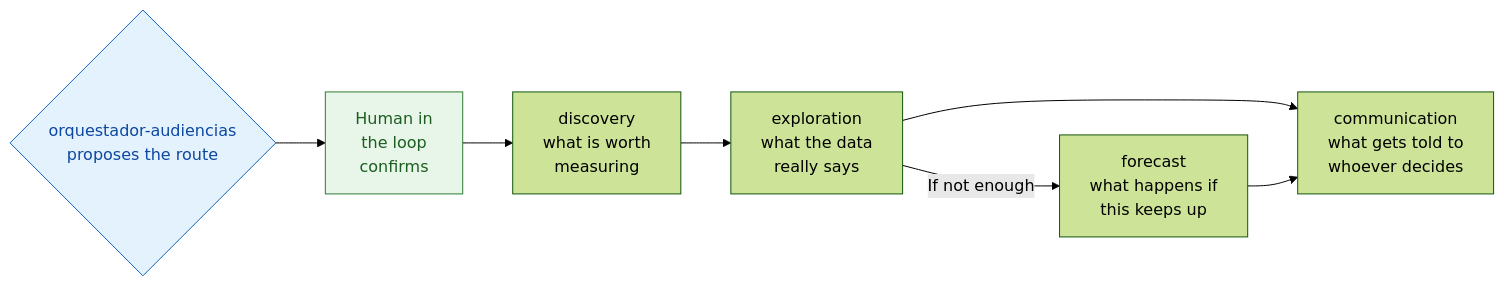
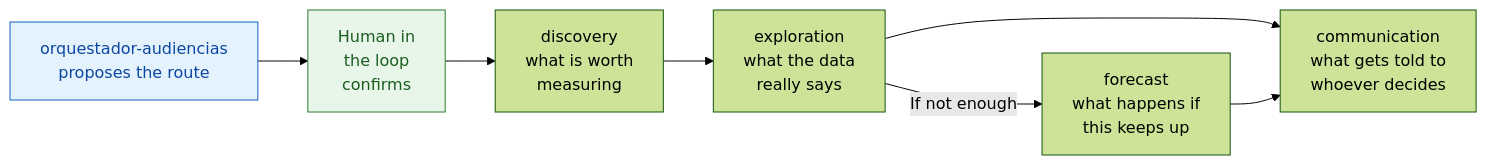
One commit to jleonceo/audience-analyst-swarm changed the diagram in README.en.md. Above: the diagram before and after it, drawn with Mermaid (forest theme). The commit also changed 1 other file, not shown here.

Commit message:
Esquema: el rombo se reserva para las decisiones
Una caja que no es una pregunta con dos salidas pasa a ser un rectángulo.

````diff
--- a/README.en.md
+++ b/README.en.md
@@ -29,11 +29,11 @@
 ```mermaid
 flowchart LR
-    O{orquestador-audiencias<br/>proposes the route} --> H[Human in<br/>the loop<br/>confirms]
+    O[orquestador-audiencias<br/>proposes the route] --> H[Human in<br/>the loop<br/>confirms]
     H --> D[discovery<br/>what is worth<br/>measuring]
     D --> E[exploration<br/>what the data<br/>really says]
     E -->|If not enough| P[forecast<br/>what happens if<br/>this keeps up]
     E --> C[communication<br/>what gets told to<br/>whoever decides]
     P --> C
     style O fill:#e3f2fd,stroke:#1565c0,color:#0d47a1
     style H fill:#e8f5e9,stroke:#2e7d32,color:#1b5e20
 ```
````
